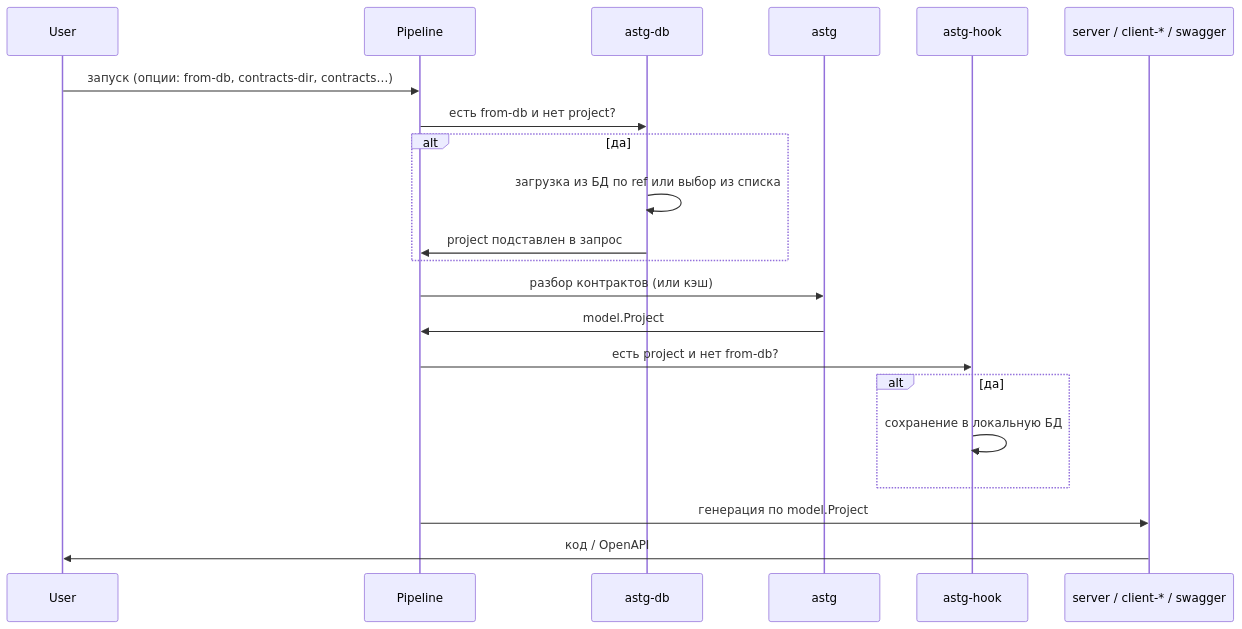
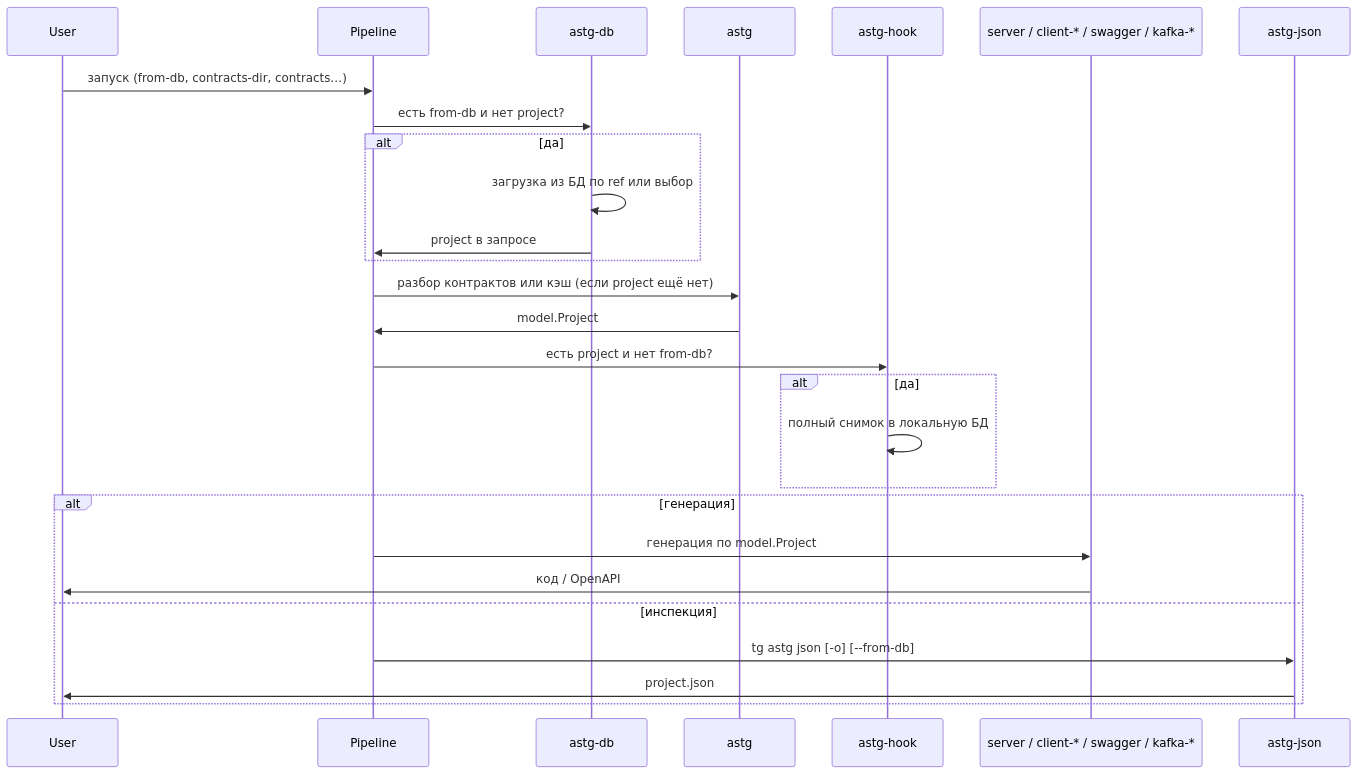
One commit to seniorGolang/tgp-go changed the second of 2 diagrams in readme.md. Above: the diagram before and after it, drawn with Mermaid. The commit also changed other lines of this file and 413 other files, not shown here.

````diff
--- a/readme.md
+++ b/readme.md
@@ -57,24 +64,30 @@
 ```mermaid
 sequenceDiagram
     participant User
     participant Pipeline
     participant astg_db as astg-db
     participant astg as astg
     participant hook as astg-hook
-    participant Gen as server / client-* / swagger
+    participant Gen as server / client-* / swagger / kafka-*
+    participant JSON as astg-json
 
-    User->>Pipeline: запуск (опции: from-db, contracts-dir, contracts…)
+    User->>Pipeline: запуск (from-db, contracts-dir, contracts…)
     Pipeline->>astg_db: есть from-db и нет project?
     alt да
-        astg_db->>astg_db: загрузка из БД по ref или выбор из списка
-        astg_db->>Pipeline: project подставлен в запрос
+        astg_db->>astg_db: загрузка из БД по ref или выбор
+        astg_db->>Pipeline: project в запросе
     end
-    Pipeline->>astg: разбор контрактов (или кэш)
+    Pipeline->>astg: разбор контрактов или кэш (если project ещё нет)
     astg->>Pipeline: model.Project
     Pipeline->>hook: есть project и нет from-db?
     alt да
-        hook->>hook: сохранение в локальную БД
+        hook->>hook: полный снимок в локальную БД
     end
-    Pipeline->>Gen: генерация по model.Project
-    Gen->>User: код / OpenAPI
+    alt генерация
+        Pipeline->>Gen: генерация по model.Project
+        Gen->>User: код / OpenAPI
+    else инспекция
+        Pipeline->>JSON: tg astg json [-o] [--from-db]
+        JSON->>User: project.json
+    end
 ```
````
